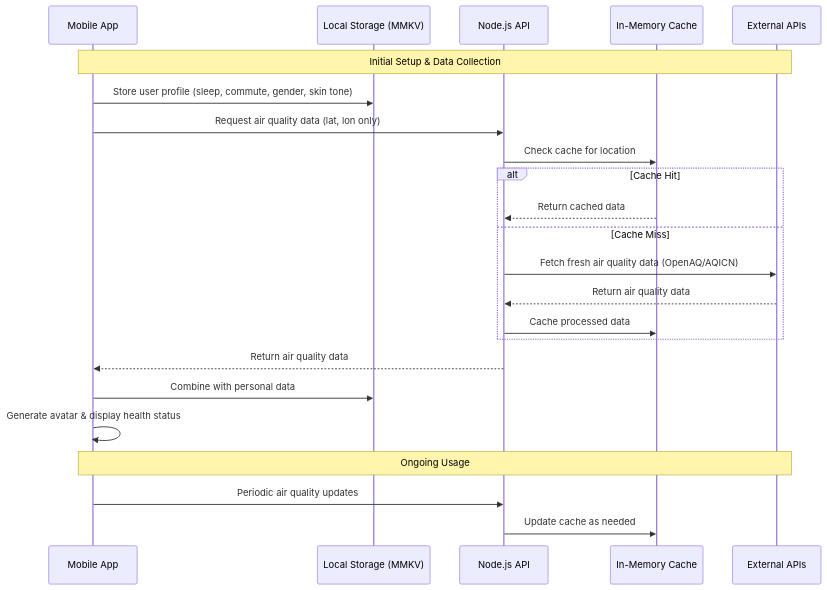
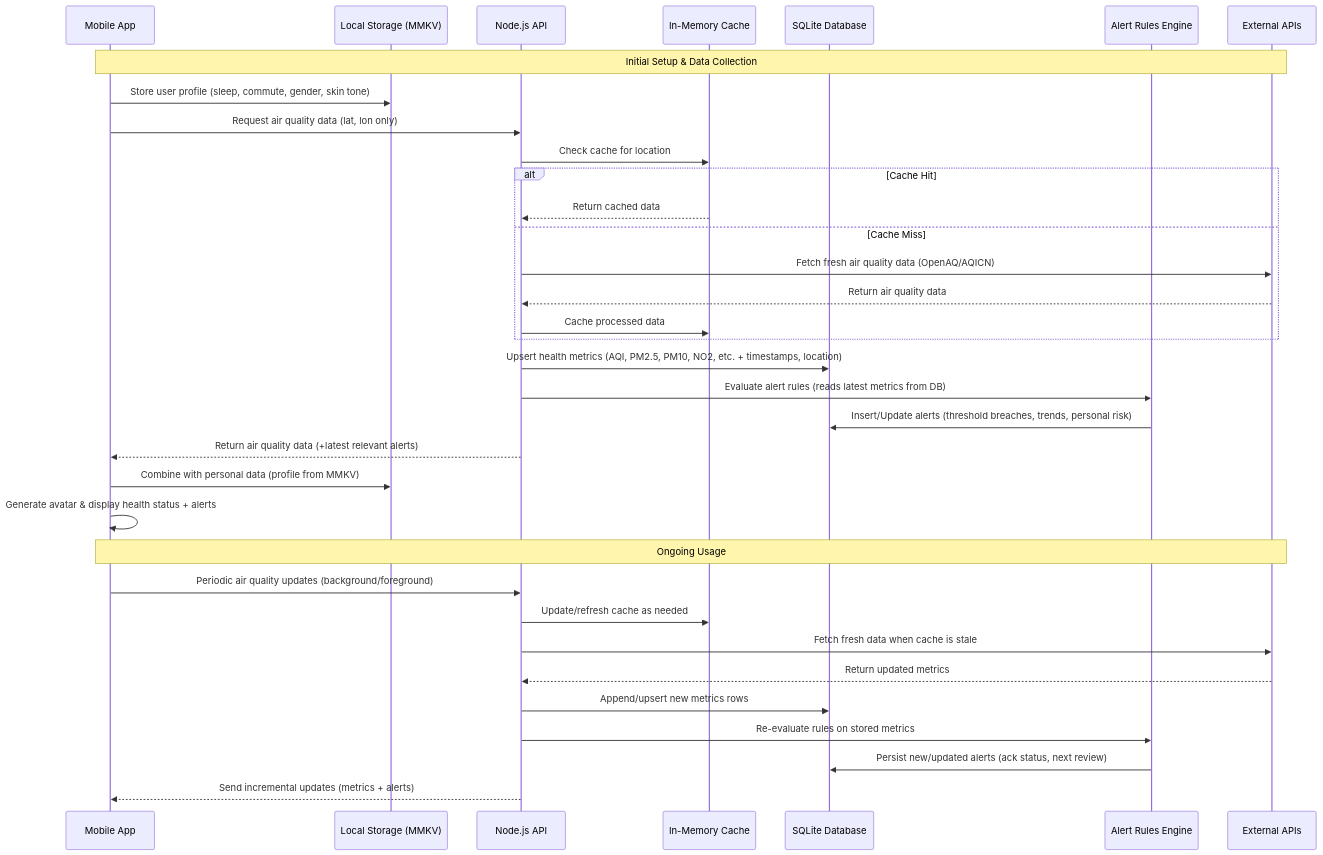
The second of 9 diagrams in docs/ARCHITECTURE.md (atan0168/mirrox), drawn with Mermaid before and after one commit. The commit also changed other lines of this file and 9 other files, not shown here.

Commit message:
update to utilize sqlite/sqlcipher for complex data storage

````diff
--- a/docs/ARCHITECTURE.md
+++ b/docs/ARCHITECTURE.md
@@ -61,29 +63,45 @@
 ```mermaid
 sequenceDiagram
     participant User as Mobile App
     participant Local as Local Storage (MMKV)
     participant Backend as Node.js API
     participant Cache as In-Memory Cache
+    participant DB as SQLite Database
+    participant Alerts as Alert Rules Engine
     participant External as External APIs
 
     Note over User,External: Initial Setup & Data Collection
     User->>Local: Store user profile (sleep, commute, gender, skin tone)
     User->>Backend: Request air quality data (lat, lon only)
 
     Backend->>Cache: Check cache for location
     alt Cache Hit
         Cache-->>Backend: Return cached data
     else Cache Miss
         Backend->>External: Fetch fresh air quality data (OpenAQ/AQICN)
         External-->>Backend: Return air quality data
         Backend->>Cache: Cache processed data
     end
 
-    Backend-->>User: Return air quality data
-    User->>Local: Combine with personal data
-    User->>User: Generate avatar & display health status
+    %% Persist metrics in SQLite
+    Backend->>DB: Upsert health metrics (AQI, PM2.5, PM10, NO2, etc. + timestamps, location)
+
+    %% Generate alerts from data in the database
+    Backend->>Alerts: Evaluate alert rules (reads latest metrics from DB)
+    Alerts->>DB: Insert/Update alerts (threshold breaches, trends, personal risk)
+
+    %% Respond to app
+    Backend-->>User: Return air quality data (+latest relevant alerts)
+    User->>Local: Combine with personal data (profile from MMKV)
+    User->>User: Generate avatar & display health status + alerts
 
     Note over User,External: Ongoing Usage
-    User->>Backend: Periodic air quality updates
-    Backend->>Cache: Update cache as needed
+    User->>Backend: Periodic air quality updates (background/foreground)
+    Backend->>Cache: Update/refresh cache as needed
+    Backend->>External: Fetch fresh data when cache is stale
+    External-->>Backend: Return updated metrics
+    Backend->>DB: Append/upsert new metrics rows
+    Backend->>Alerts: Re-evaluate rules on stored metrics
+    Alerts->>DB: Persist new/updated alerts (ack status, next review)
+    Backend-->>User: Send incremental updates (metrics + alerts)
 ```
````
